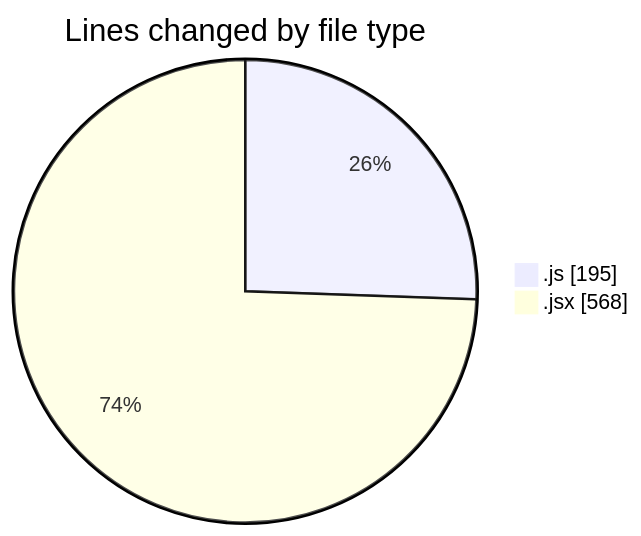
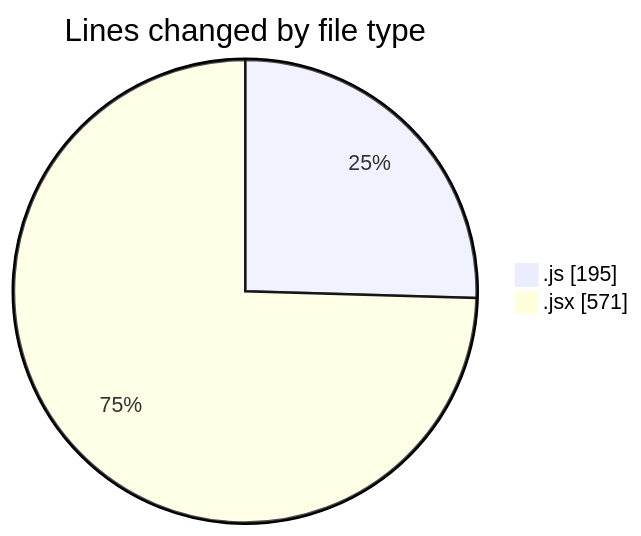
One commit to nxtqubesakshisongat/code-tracking changed the first of 2 diagrams in 2025-06-07/nxtqube_webapp/README.md. Above: the diagram before and after it, drawn with Mermaid. The commit also changed other lines of this file and 1 other file, not shown here.

````diff
--- a/2025-06-07/nxtqube_webapp/README.md
+++ b/2025-06-07/nxtqube_webapp/README.md
@@ -23,6 +23,6 @@
 ```mermaid
 pie showData
 title Lines changed by file type
 ".js" : 195
-".jsx" : 568
+".jsx" : 571
 ```
````
